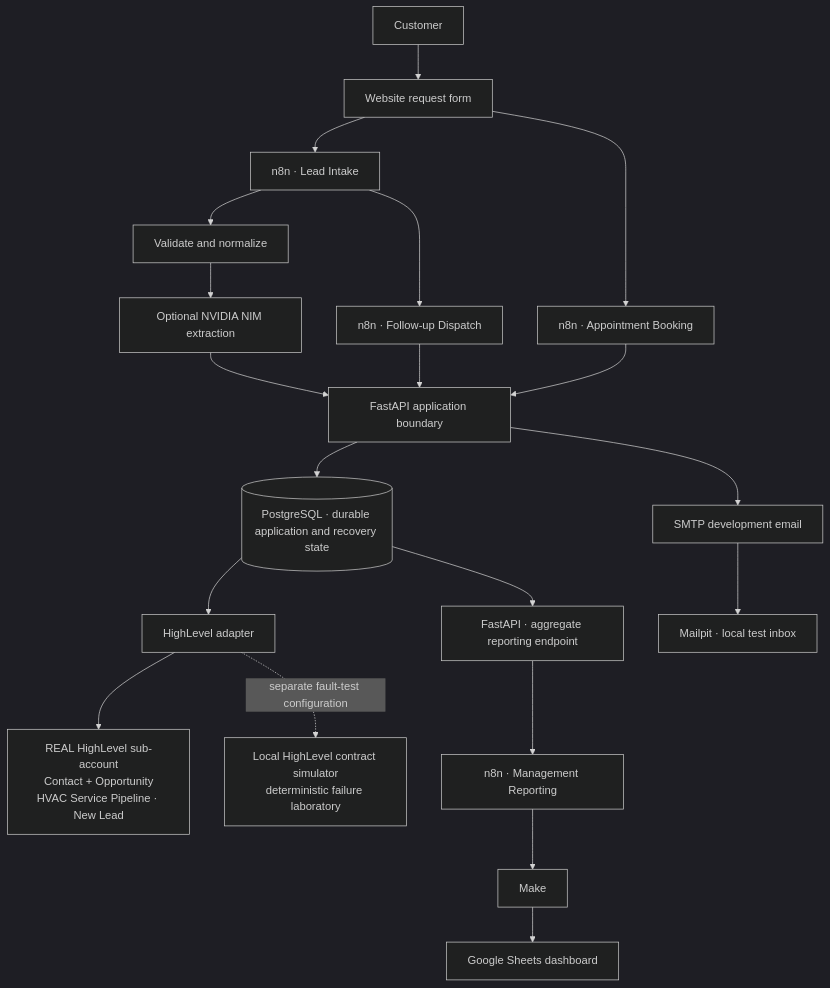
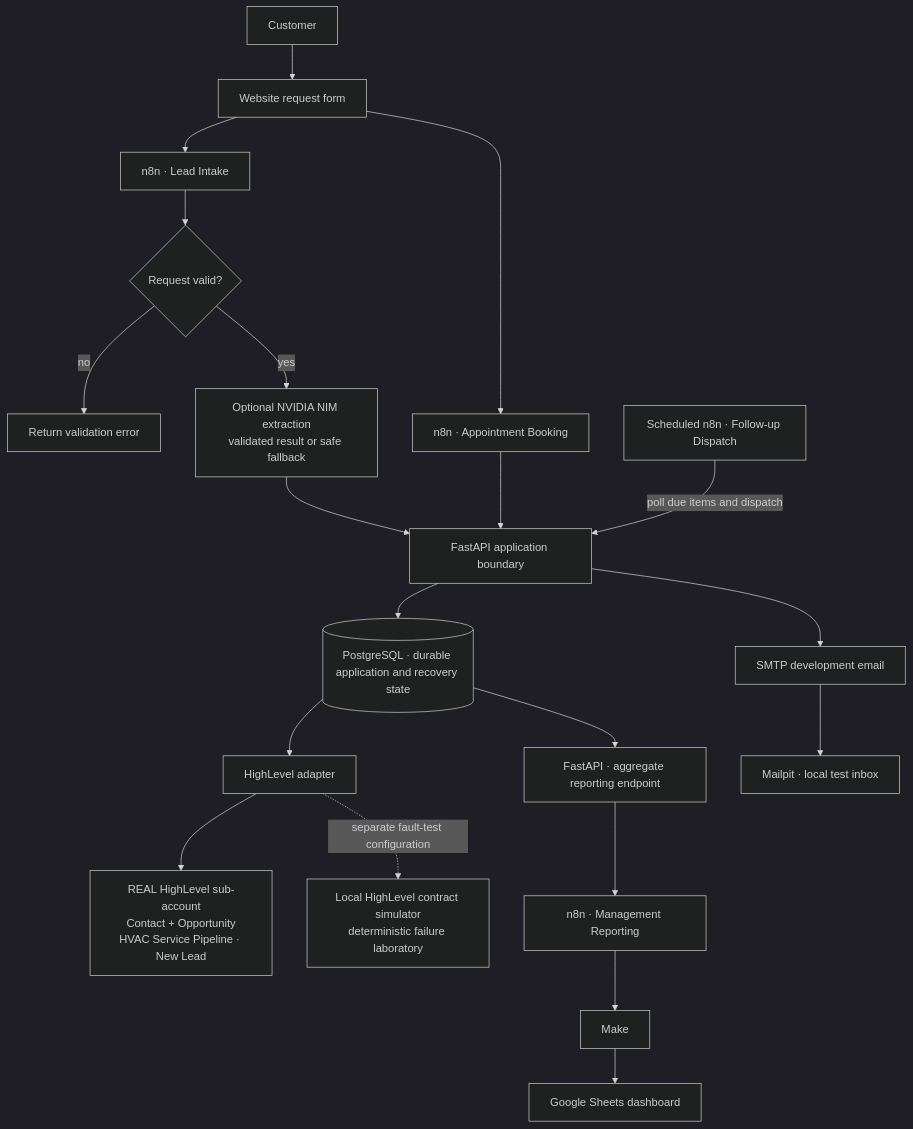
The first of 2 diagrams in README.md (kabbersokhi-boop/client-lead-intake-booking-recovery-automation), drawn with Mermaid (dark theme) before and after one commit.

Commit message:
Correct scheduled follow-up architecture diagram

````diff
--- a/README.md
+++ b/README.md
@@ -15,25 +15,25 @@
 ```mermaid
 flowchart TB
     C[Customer] --> W[Website request form]
     W --> I[n8n · Lead Intake]
-    I --> V[Validate and normalize]
-    V --> N[Optional NVIDIA NIM extraction]
+    I --> V{Request valid?}
+    V -- "no" --> X[Return validation error]
+    V -- "yes" --> N[Optional NVIDIA NIM extraction<br/>validated result or safe fallback]
     N --> A[FastAPI application boundary]
     A --> P[(PostgreSQL · durable application and recovery state)]
     P --> H[HighLevel adapter]
     H --> HL[REAL HighLevel sub-account<br/>Contact + Opportunity<br/>HVAC Service Pipeline · New Lead]
 
     W --> B[n8n · Appointment Booking]
     B --> A
-    I --> F[n8n · Follow-up Dispatch]
-    F --> A
+    F[Scheduled n8n · Follow-up Dispatch] -- "poll due items and dispatch" --> A
     A --> M[SMTP development email]
     M --> MP[Mailpit · local test inbox]
 
     P --> R[FastAPI · aggregate reporting endpoint]
     R --> MR[n8n · Management Reporting]
     MR --> MK[Make]
     MK --> S[Google Sheets dashboard]
 
     H -. "separate fault-test configuration" .-> SIM[Local HighLevel contract simulator<br/>deterministic failure laboratory]
 ```
````
